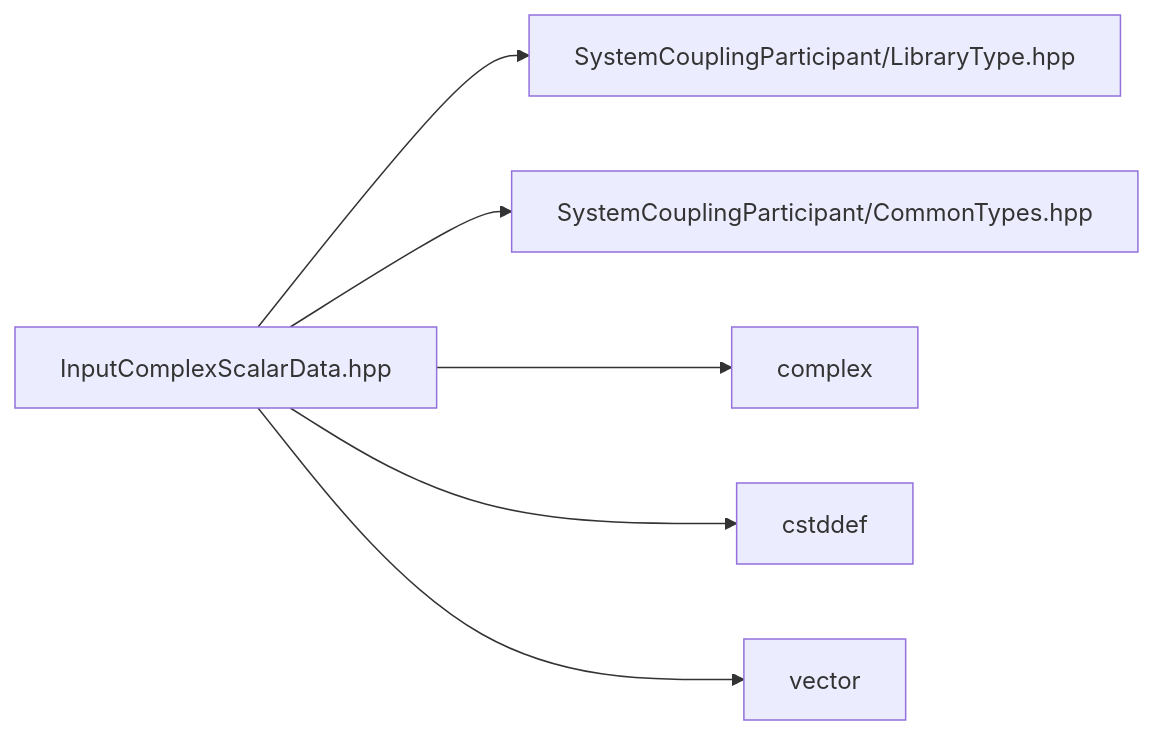
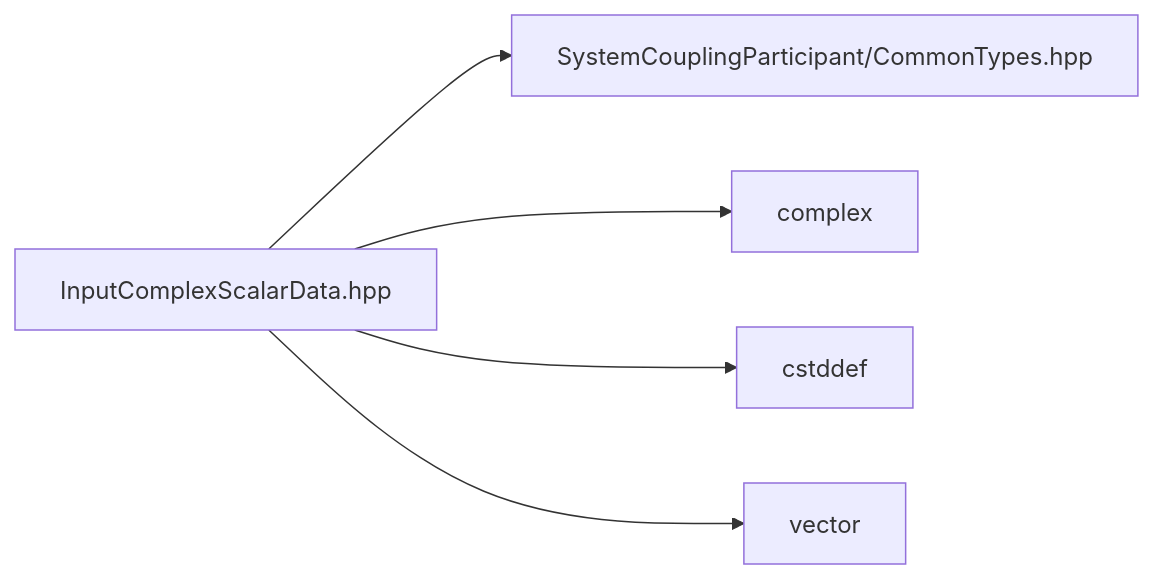
One commit to ansys/DevRelDocs changed the diagram in 2026R1/system-coupling-26-r1/articles/cpp-reference/InputComplexScalarData_8hpp.md. Above: the diagram before and after it, drawn with Mermaid. The commit also changed other lines of this file and 377 other files, not shown here.

````diff
--- a/2026R1/system-coupling-26-r1/articles/cpp-reference/InputComplexScalarData_8hpp.md
+++ b/2026R1/system-coupling-26-r1/articles/cpp-reference/InputComplexScalarData_8hpp.md
@@ -27,21 +27,18 @@
 ```mermaid
 graph LR
 1["InputComplexScalarData.hpp"]
 click 1 "InputComplexScalarData_8hpp.md#InputComplexScalarData_8hpp"
 1 --> 2
 1 --> 3
 1 --> 4
 1 --> 5
-1 --> 6
 
-3["SystemCouplingParticipant/CommonTypes.hpp"]
+2["SystemCouplingParticipant/CommonTypes.hpp"]
 
-6["vector"]
+3["complex"]
 
-2["SystemCouplingParticipant/LibraryType.hpp"]
+4["cstddef"]
 
-5["cstddef"]
-
-4["complex"]
+5["vector"]
 
 ```
````
